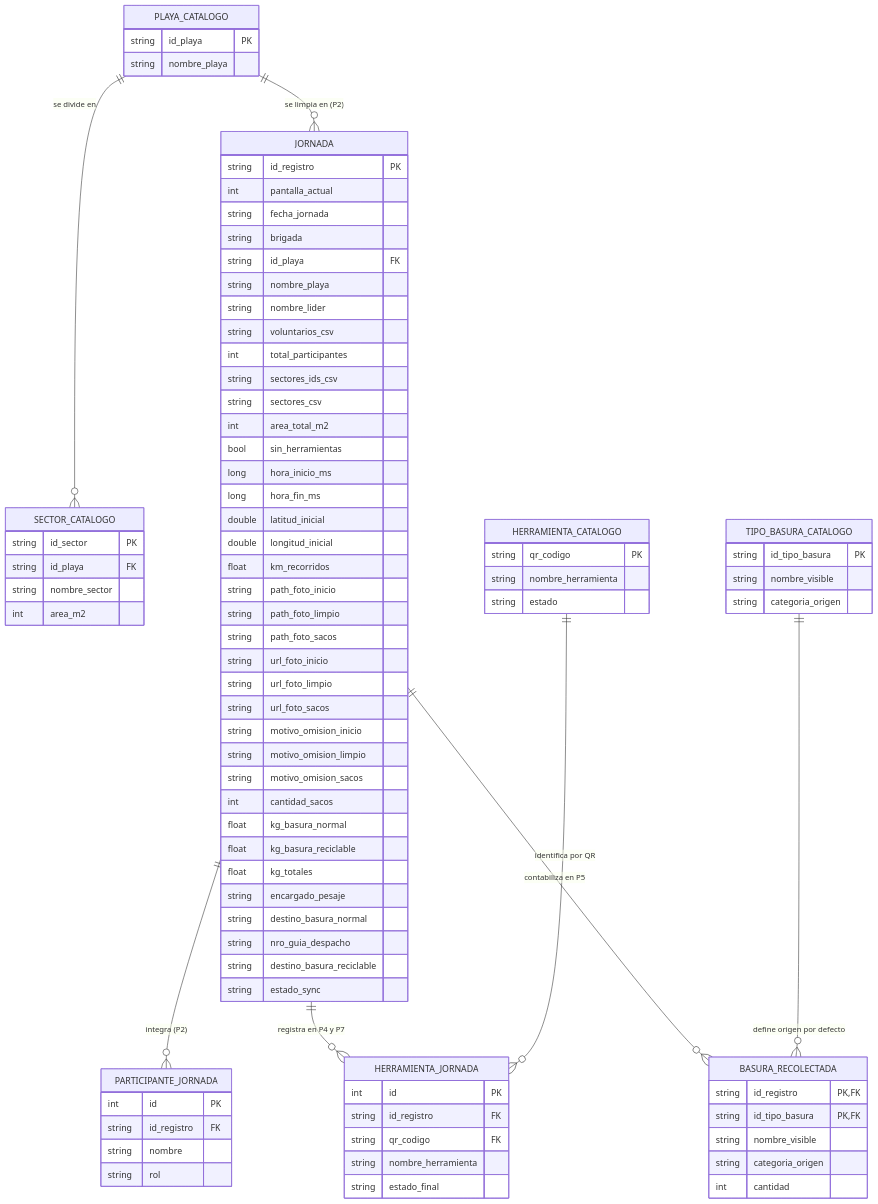
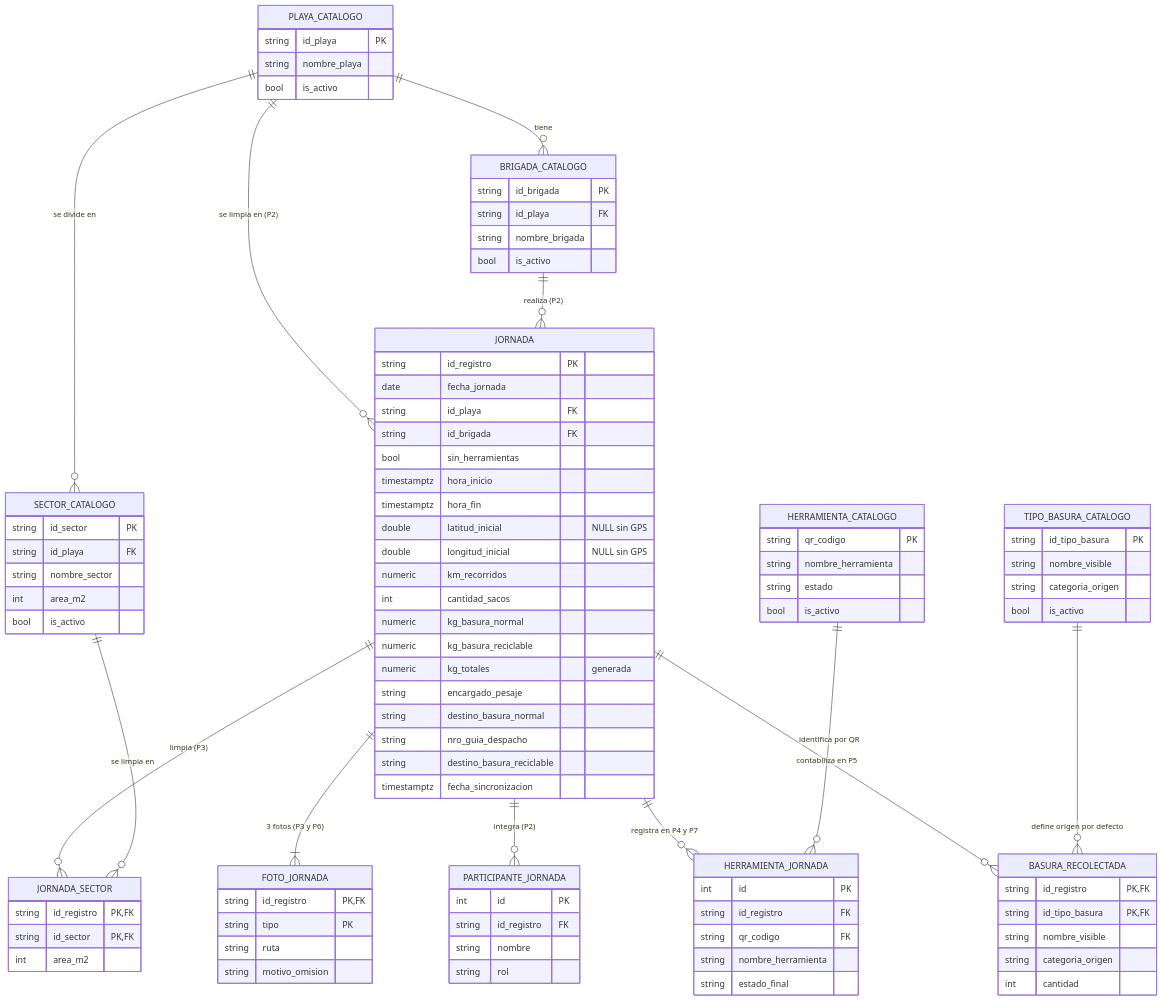
One commit to sebcorva/DTPL_App changed the second of 2 diagrams in docs/PRD.md. Above: the diagram before and after it, drawn with Mermaid. The commit also changed other lines of this file and 27 other files, not shown here.

Commit message:
feat: modelo de datos v5 con brigadas por playa, sectores y fotos en tablas (ISSUE-62)

```diff
--- a/docs/PRD.md
+++ b/docs/PRD.md
@@ -186,60 +188,64 @@
     PLAYA_CATALOGO {
         string id_playa PK
         string nombre_playa
+        bool is_activo
+    }
+    BRIGADA_CATALOGO {
+        string id_brigada PK
+        string id_playa FK
+        string nombre_brigada
+        bool is_activo
     }
     SECTOR_CATALOGO {
         string id_sector PK
         string id_playa FK
         string nombre_sector
         int area_m2
+        bool is_activo
     }
     HERRAMIENTA_CATALOGO {
         string qr_codigo PK
         string nombre_herramienta
         string estado
+        bool is_activo
     }
     TIPO_BASURA_CATALOGO {
         string id_tipo_basura PK
         string nombre_visible
         string categoria_origen
+        bool is_activo
     }
     JORNADA {
         string id_registro PK
-        int pantalla_actual
-        string fecha_jornada
-        string brigada
+        date fecha_jornada
         string id_playa FK
-        string nombre_playa
-        string nombre_lider
-        string voluntarios_csv
-        int total_participantes
-        string sectores_ids_csv
-        string sectores_csv
-        int area_total_m2
+        string id_brigada FK
         bool sin_herramientas
-        long hora_inicio_ms
-        long hora_fin_ms
-        double latitud_inicial
-        double longitud_inicial
-        float km_recorridos
-        string path_foto_inicio
-        string path_foto_limpio
-        string path_foto_sacos
-        string url_foto_inicio
-        string url_foto_limpio
-        string url_foto_sacos
-        string motivo_omision_inicio
-        string motivo_omision_limpio
-        string motivo_omision_sacos
+        timestamptz hora_inicio
+        timestamptz hora_fin
+        double latitud_inicial "NULL sin GPS"
+        double longitud_inicial "NULL sin GPS"
+        numeric km_recorridos
         int cantidad_sacos
-        float kg_basura_normal
-        float kg_basura_reciclable
-        float kg_totales
+        numeric kg_basura_normal
+        numeric kg_basura_reciclable
+        numeric kg_totales "generada"
         string encargado_pesaje
         string destino_basura_normal
         string nro_guia_despacho
         string destino_basura_reciclable
-        string estado_sync
+        timestamptz fecha_sincronizacion
+    }
+    JORNADA_SECTOR {
+        string id_registro PK, FK
+        string id_sector PK, FK
+        int area_m2
+    }
+    FOTO_JORNADA {
+        string id_registro PK, FK
+        string tipo PK
+        string ruta
+        string motivo_omision
     }
     PARTICIPANTE_JORNADA {
         int id PK
@@ -263,7 +269,12 @@
     }
 
     PLAYA_CATALOGO ||--o{ SECTOR_CATALOGO : "se divide en"
+    PLAYA_CATALOGO ||--o{ BRIGADA_CATALOGO : "tiene"
     PLAYA_CATALOGO ||--o{ JORNADA : "se limpia en (P2)"
+    BRIGADA_CATALOGO ||--o{ JORNADA : "realiza (P2)"
+    JORNADA ||--o{ JORNADA_SECTOR : "limpia (P3)"
+    SECTOR_CATALOGO ||--o{ JORNADA_SECTOR : "se limpia en"
+    JORNADA ||--|{ FOTO_JORNADA : "3 fotos (P3 y P6)"
     JORNADA ||--o{ PARTICIPANTE_JORNADA : "integra (P2)"
     JORNADA ||--o{ HERRAMIENTA_JORNADA : "registra en P4 y P7"
     HERRAMIENTA_CATALOGO ||--o{ HERRAMIENTA_JORNADA : "identifica por QR"
```
